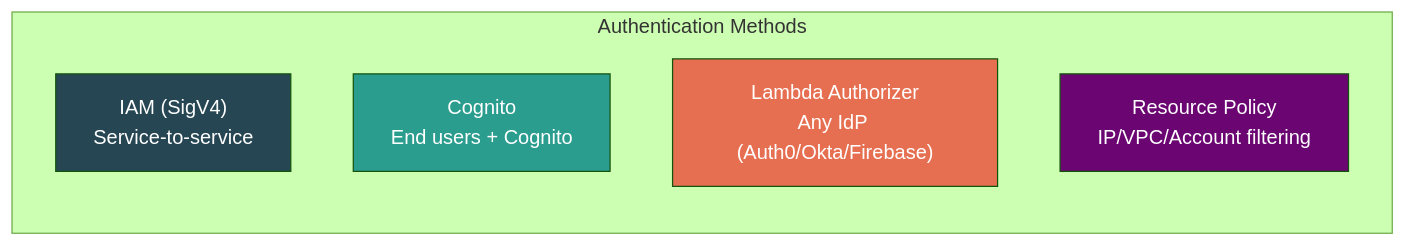
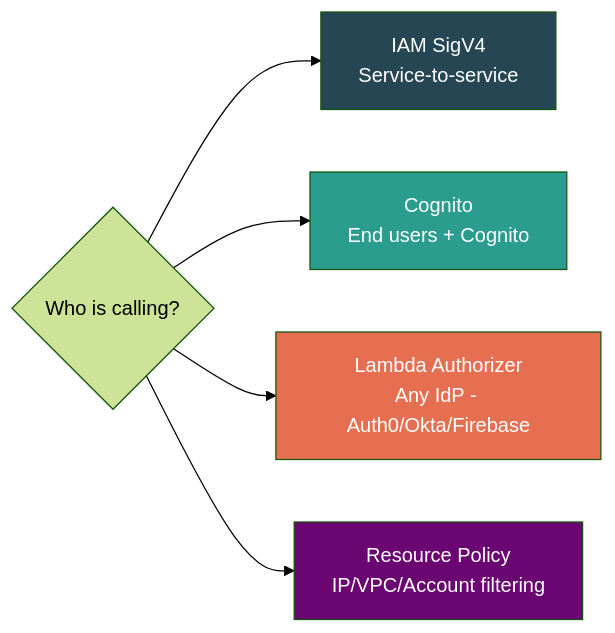
The second of 2 diagrams in AWS/API_Gateway/API_Gateway_revision.md (HrushiMakode/Notes), drawn with Mermaid (forest theme) before and after one commit.

Commit message:
revision doc updated

````diff
--- a/AWS/API_Gateway/API_Gateway_revision.md
+++ b/AWS/API_Gateway/API_Gateway_revision.md
@@ -77,14 +77,12 @@
 ```mermaid
 flowchart LR
-    subgraph AUTH_METHODS["Authentication Methods"]
-        IAM["IAM (SigV4)\nService-to-service"]
-        COG["Cognito\nEnd users + Cognito"]
-        LA["Lambda Authorizer\nAny IdP (Auth0/Okta/Firebase)"]
-        RP["Resource Policy\nIP/VPC/Account filtering"]
-    end
+    WHO{"Who is calling?"} --> IAM["IAM SigV4\nService-to-service"]
+    WHO --> COG["Cognito\nEnd users + Cognito"]
+    WHO --> LA["Lambda Authorizer\nAny IdP - Auth0/Okta/Firebase"]
+    WHO --> RP["Resource Policy\nIP/VPC/Account filtering"]
 
     style IAM fill:#264653,color:#fff
     style COG fill:#2a9d8f,color:#fff
     style LA fill:#e76f51,color:#fff
     style RP fill:#6a0572,color:#fff
 ```
````
